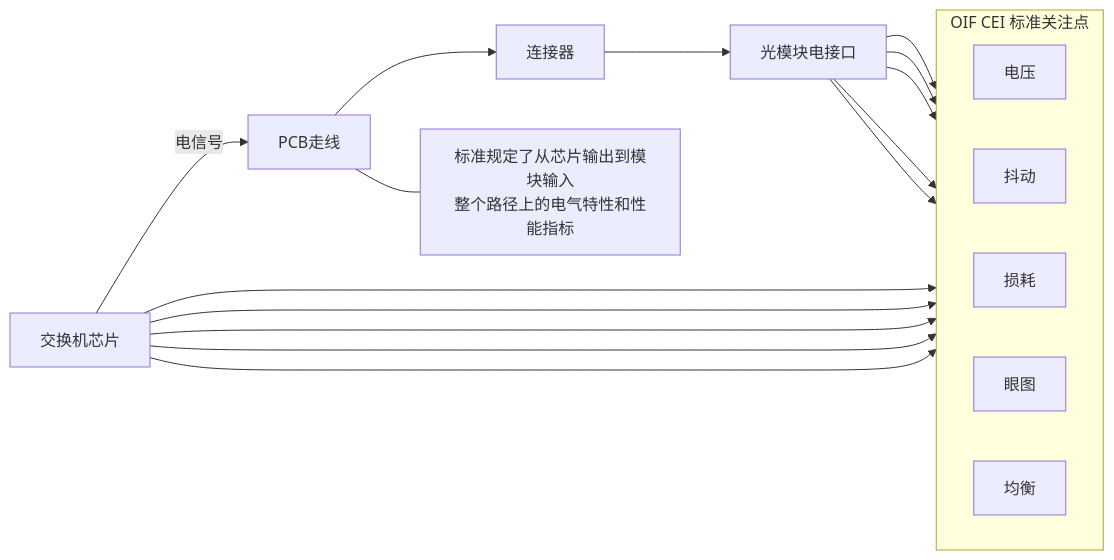
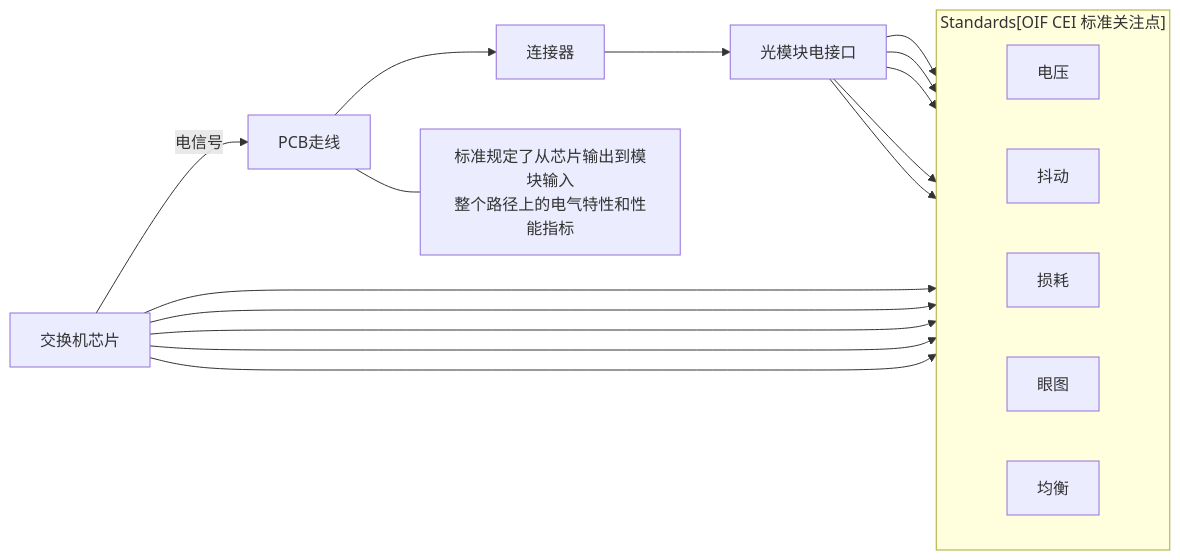
Before and after one commit to jueshi/PocketFlow-Tutorial-Codebase-Knowledge: the second of 4 diagrams in output/Data_Center_Ethernet_Technology_and_Evolution_to_224_Gbps/04_行业标准与规范__oif_ieee__.md, drawn with Mermaid. The commit also changed other lines of this file and 282 other files, not shown here.

````diff
--- a/output/Data_Center_Ethernet_Technology_and_Evolution_to_224_Gbps/04_行业标准与规范__oif_ieee__.md
+++ b/output/Data_Center_Ethernet_Technology_and_Evolution_to_224_Gbps/04_行业标准与规范__oif_ieee__.md
@@ -114,32 +113,31 @@
 ```mermaid
 graph LR
     Chip[交换机芯片] -- 电信号 --> PCBTrace[PCB走线]
     PCBTrace --> Connector[连接器]
     Connector --> Module[光模块电接口]
 
-    subgraph Standards[OIF CEI 标准关注点]
+    subgraph "Standards[OIF CEI 标准关注点]"
         direction LR
         P1[电压]
         P2[抖动]
         P3[损耗]
         P4[眼图]
         P5[均衡]
     end
     
     Chip --> P1
     Chip --> P2
     Chip --> P3
     Chip --> P4
     Chip --> P5
     
     Module --> P1
     Module --> P2
     Module --> P3
     Module --> P4
     Module --> P5
     
     Note[标准规定了从芯片输出到模块输入<br>整个路径上的电气特性和性能指标]
     
     PCBTrace --- Note
-
 ```
````
